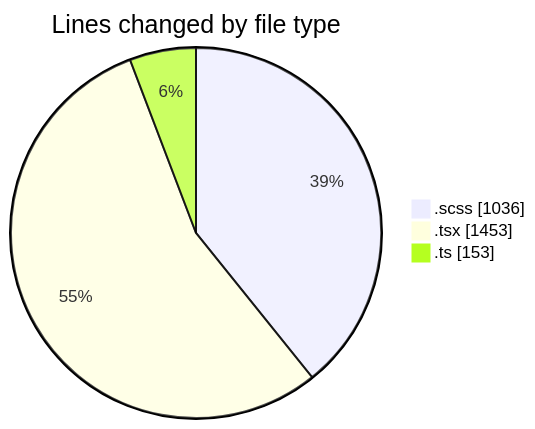
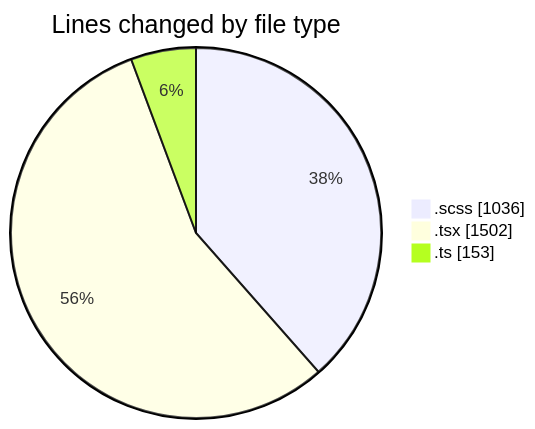
The first of 2 diagrams in 2025-03-28/cda/README.md (momahboobian/code-tracking), drawn with Mermaid before and after one commit. The commit also changed other lines of this file and 1 other file, not shown here.

````diff
--- a/2025-03-28/cda/README.md
+++ b/2025-03-28/cda/README.md
@@ -27,7 +27,7 @@
 ```mermaid
 pie showData
 title Lines changed by file type
 ".scss" : 1036
-".tsx" : 1453
+".tsx" : 1502
 ".ts" : 153
 ```
````
